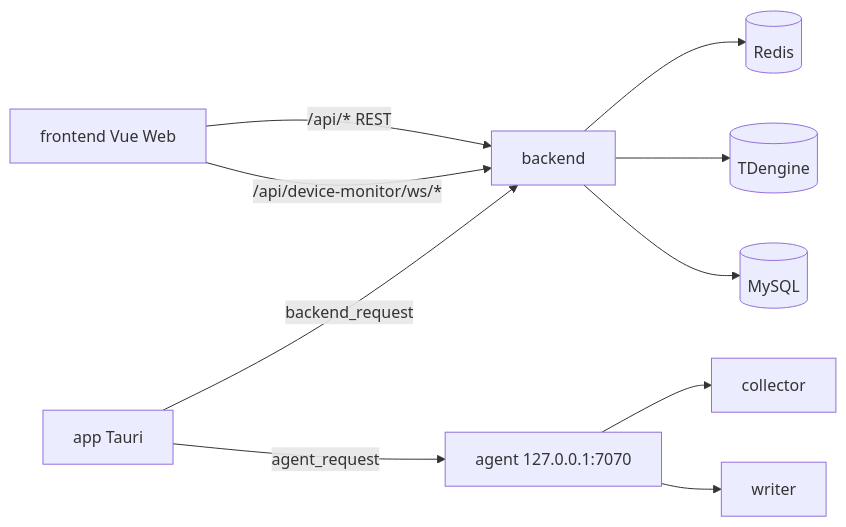
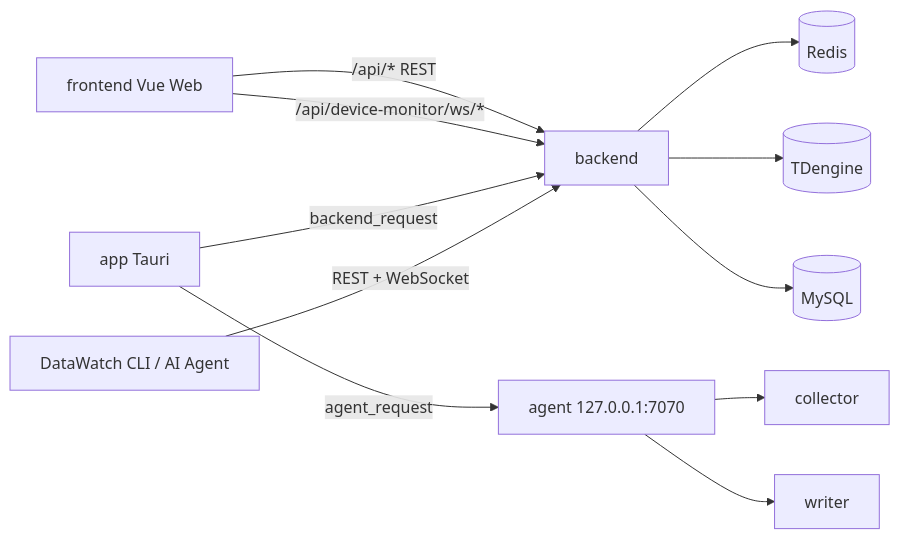
The diagram in docs/03-数据与契约/契约/API契约.md (Hry1729/data_watch), drawn with Mermaid before and after one commit. The commit also changed other lines of this file and 16 other files, not shown here.

Commit message:
docs(cli): finalize architecture and AI usage

````diff
--- a/docs/03-数据与契约/契约/API契约.md
+++ b/docs/03-数据与契约/契约/API契约.md
@@ -11,12 +11,13 @@
 ```mermaid
 flowchart LR
     FE[frontend Vue Web] -->|/api/* REST| BE[backend]
     FE -->|/api/device-monitor/ws/*| BE
     APP[app Tauri] -->|backend_request| BE
     APP -->|agent_request| AG[agent 127.0.0.1:7070]
+    CLI[DataWatch CLI / AI Agent] -->|REST + WebSocket| BE
     BE --> RDS[(Redis)]
     BE --> TD[(TDengine)]
     BE --> MY[(MySQL)]
     AG --> COL[collector]
     AG --> WR[writer]
 ```
````
